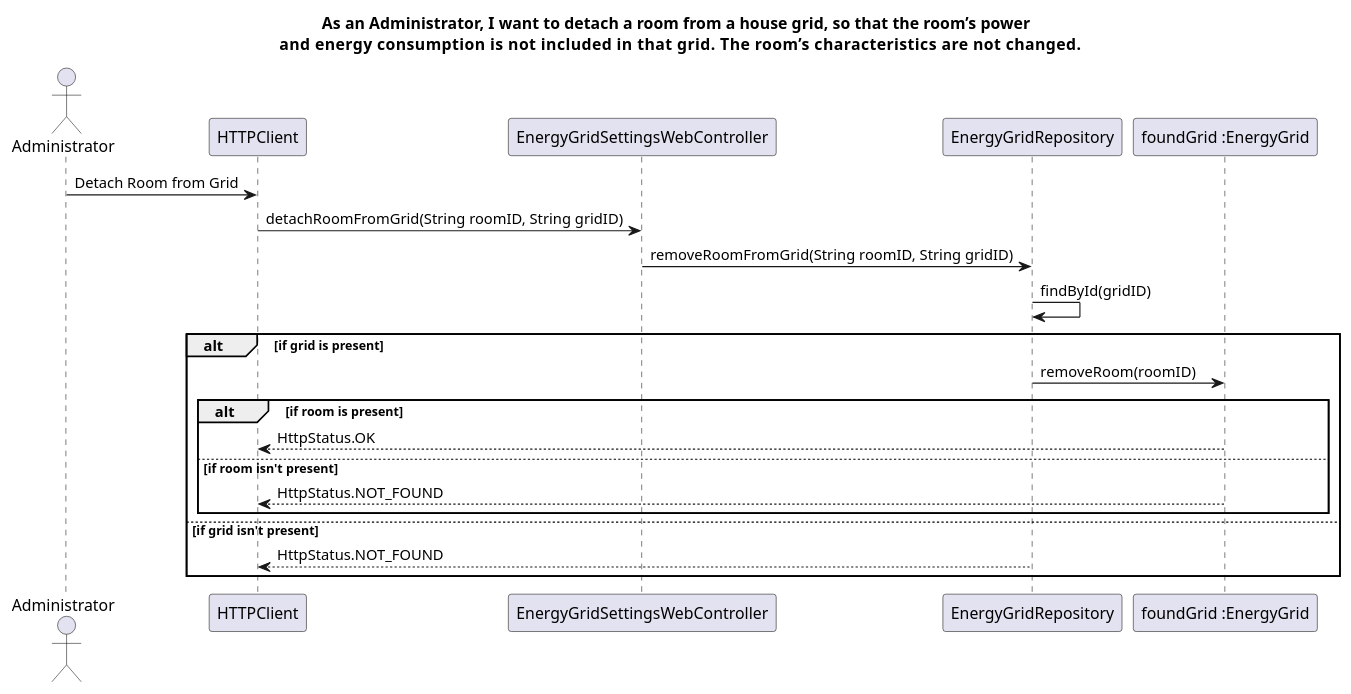
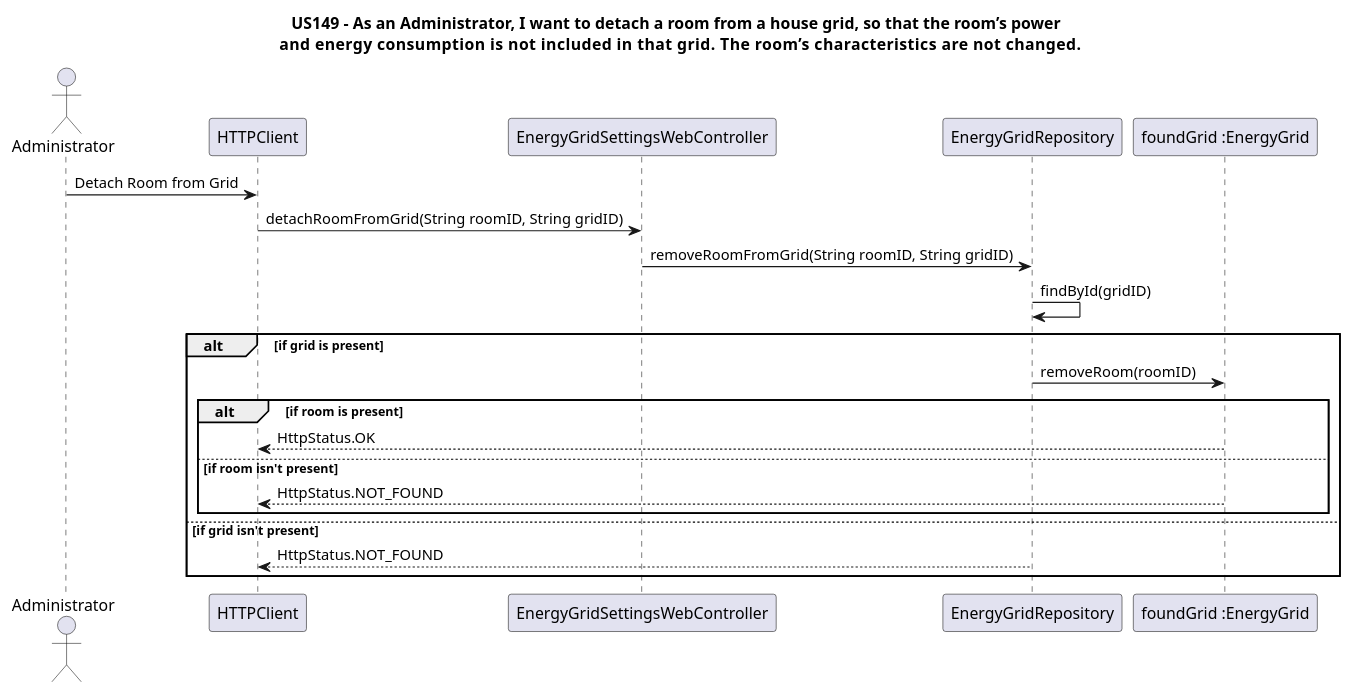
The diagram in src/doc/WEB_Controllers/EnergyGridSettings/US149/US149_sd_EnergyGridSettingsWebController.puml (Almadanmp/project), drawn with PlantUML before and after one commit. The commit also changed 4 other files, not shown here.

```diff
--- a/src/doc/WEB_Controllers/EnergyGridSettings/US149/US149_sd_EnergyGridSettingsWebController.puml
+++ b/src/doc/WEB_Controllers/EnergyGridSettings/US149/US149_sd_EnergyGridSettingsWebController.puml
@@ -1,21 +1,21 @@
 @startuml
 
-title  As an Administrator, I want to detach a room from a house grid, so that the room’s power \n and energy  consumption  is  not  included  in  that  grid.  The  room’s characteristics are not changed.
+title  US149 - As an Administrator, I want to detach a room from a house grid, so that the room’s power \n and energy  consumption  is  not  included  in  that  grid.  The  room’s characteristics are not changed.
 
 actor "Administrator"
 
 Administrator->HTTPClient: Detach Room from Grid
 HTTPClient->EnergyGridSettingsWebController: detachRoomFromGrid(String roomID, String gridID)
 EnergyGridSettingsWebController->EnergyGridRepository: removeRoomFromGrid(String roomID, String gridID)
 EnergyGridRepository->EnergyGridRepository: findById(gridID)
 alt if grid is present
 EnergyGridRepository->"foundGrid :EnergyGrid" : removeRoom(roomID)
 alt if room is present
 "foundGrid :EnergyGrid"-->HTTPClient: HttpStatus.OK
 else if room isn't present
 "foundGrid :EnergyGrid"--> HTTPClient: HttpStatus.NOT_FOUND
 end
 else if grid isn't present
 EnergyGridRepository-->HTTPClient: HttpStatus.NOT_FOUND
 end
 @enduml
```
